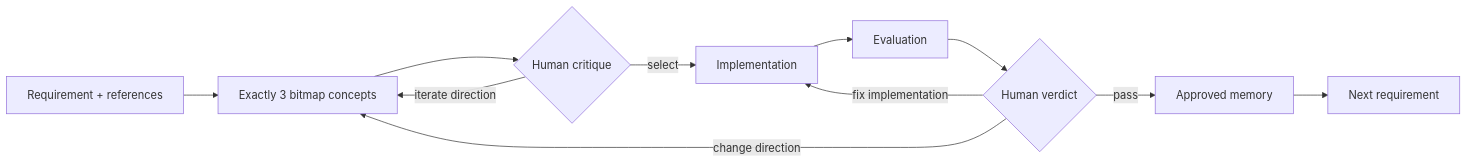
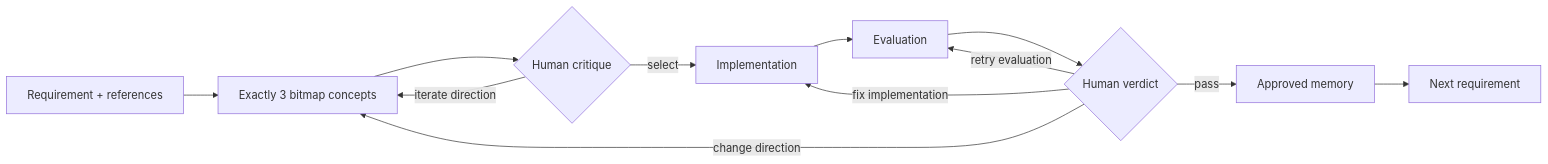
Before and after one commit to Katikita/loopdesigning: the diagram in README.md, drawn with Mermaid. The commit also changed other lines of this file and 6 other files, not shown here.

Commit message:
fix: retry evaluation without reimplementation

````diff
--- a/README.md
+++ b/README.md
@@ -26,13 +26,14 @@
 ```mermaid
 flowchart LR
     R["Requirement + references"] --> C["Exactly 3 bitmap concepts"]
     C --> G1{"Human critique"}
     G1 -- "select" --> I["Implementation"]
     G1 -- "iterate direction" --> C
     I --> E["Evaluation"]
     E --> G2{"Human verdict"}
+    G2 -- "retry evaluation" --> E
     G2 -- "fix implementation" --> I
     G2 -- "change direction" --> C
     G2 -- "pass" --> M["Approved memory"]
     M --> N["Next requirement"]
 ```
````
